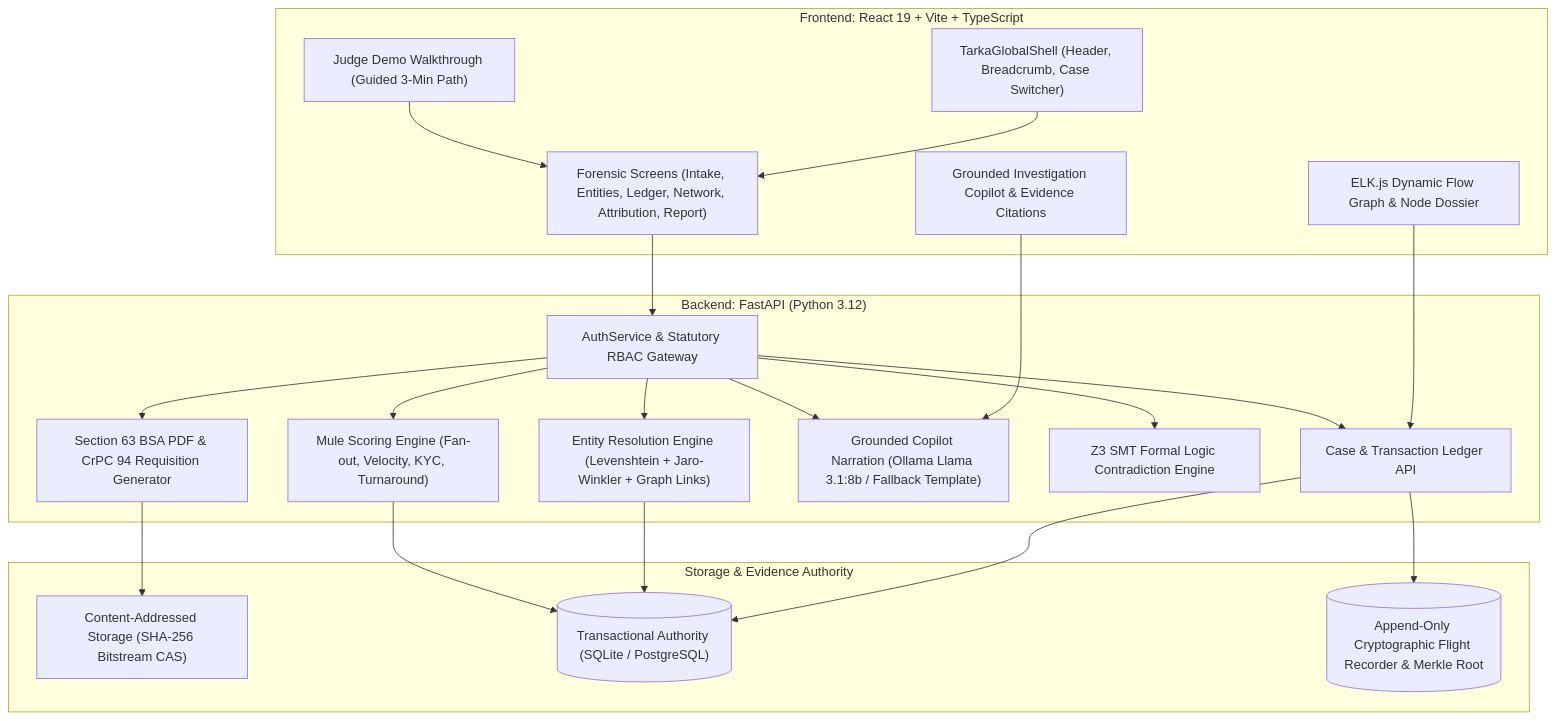
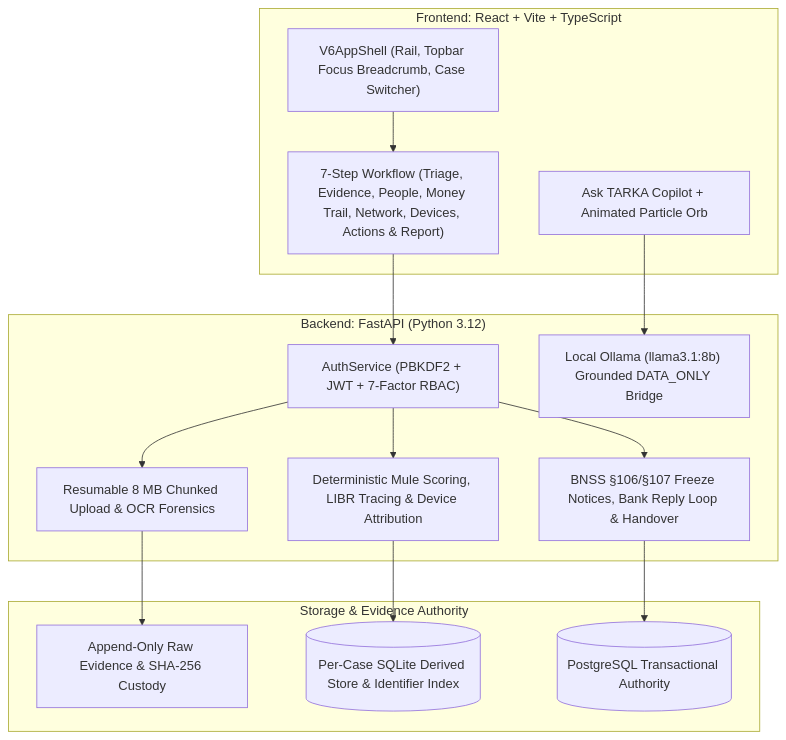
The diagram in README.md (Massvippin01/tarka_v5), drawn with Mermaid before and after one commit. The commit also changed other lines of this file, not shown here.

````diff
--- a/README.md
+++ b/README.md
@@ -57,45 +48,32 @@
 ```mermaid
 flowchart TD
-    subgraph Client ["Frontend: React 19 + Vite + TypeScript"]
-        Shell["TarkaGlobalShell (Header, Breadcrumb, Case Switcher)"]
-        JudgeMode["Judge Demo Walkthrough (Guided 3-Min Path)"]
-        Screens["Forensic Screens (Intake, Entities, Ledger, Network, Attribution, Report)"]
-        CopilotUI["Grounded Investigation Copilot & Evidence Citations"]
-        ELKGraph["ELK.js Dynamic Flow Graph & Node Dossier"]
+    subgraph Client ["Frontend: React + Vite + TypeScript"]
+        Shell["V6AppShell (Rail, Topbar Focus Breadcrumb, Case Switcher)"]
+        Workflow["7-Step Workflow (Triage, Evidence, People, Money Trail, Network, Devices, Actions & Report)"]
+        CopilotUI["Ask TARKA Copilot + Animated Particle Orb"]
     end
 
     subgraph Backend ["Backend: FastAPI (Python 3.12)"]
-        AuthGate["AuthService & Statutory RBAC Gateway"]
-        CaseAPI["Case & Transaction Ledger API"]
-        Resolver["Entity Resolution Engine (Levenshtein + Jaro-Winkler + Graph Links)"]
-        MuleEngine["Mule Scoring Engine (Fan-out, Velocity, KYC, Turnaround)"]
-        CopilotEngine["Grounded Copilot Narration (Ollama Llama 3.1:8b / Fallback Template)"]
-        Z3Engine["Z3 SMT Formal Logic Contradiction Engine"]
-        ReportGen["Section 63 BSA PDF & CrPC 94 Requisition Generator"]
+        AuthGate["AuthService (PBKDF2 + JWT + 7-Factor RBAC)"]
+        Ingest["Resumable 8 MB Chunked Upload & OCR Forensics"]
+        Engine["Deterministic Mule Scoring, LIBR Tracing & Device Attribution"]
+        FreezeAPI["BNSS §106/§107 Freeze Notices, Bank Reply Loop & Handover"]
+        CopilotEngine["Local Ollama (llama3.1:8b) Grounded DATA_ONLY Bridge"]
     end
 
     subgraph Authority ["Storage & Evidence Authority"]
-        CAS["Content-Addressed Storage (SHA-256 Bitstream CAS)"]
-        CustodyDB[("Transactional Authority (SQLite / PostgreSQL)")]
-        FlightRecorder[("Append-Only Cryptographic Flight Recorder & Merkle Root")]
+        CAS["Append-Only Raw Evidence & SHA-256 Custody"]
+        Derived[("Per-Case SQLite Derived Store & Identifier Index")]
+        Postgres[("PostgreSQL Transactional Authority")]
     end
 
-    Shell --> Screens
-    JudgeMode --> Screens
-    Screens --> AuthGate
+    Shell --> Workflow
     CopilotUI --> CopilotEngine
-    ELKGraph --> CaseAPI
-
-    AuthGate --> CaseAPI
-    AuthGate --> Resolver
-    AuthGate --> MuleEngine
-    AuthGate --> CopilotEngine
-    AuthGate --> Z3Engine
-    AuthGate --> ReportGen
-
-    CaseAPI --> CustodyDB
-    Resolver --> CustodyDB
-    MuleEngine --> CustodyDB
-    ReportGen --> CAS
-    CaseAPI --> FlightRecorder
+    Workflow --> AuthGate
+    AuthGate --> Ingest
+    AuthGate --> Engine
+    AuthGate --> FreezeAPI
+    Ingest --> CAS
+    Engine --> Derived
+    FreezeAPI --> Postgres
 ```
````
